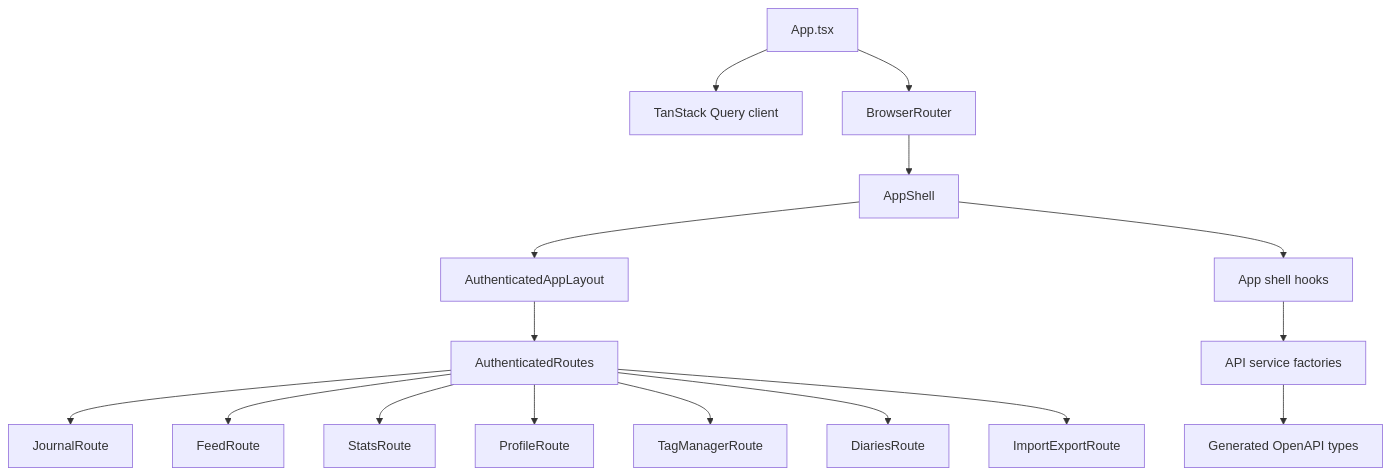
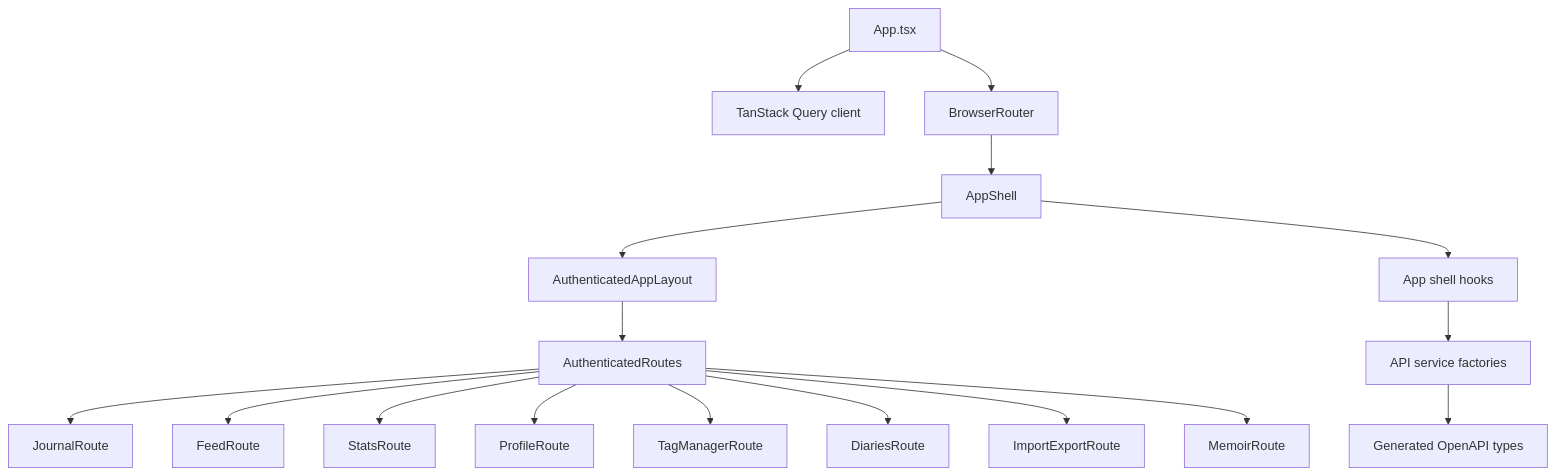
The second of 4 diagrams in docs/architecture.md (chefzaid/thoughty), drawn with Mermaid before and after one commit. The commit also changed other lines of this file and 103 other files, not shown here.

````diff
--- a/docs/architecture.md
+++ b/docs/architecture.md
@@ -54,20 +56,21 @@
 ```mermaid
 flowchart TD
     App[App.tsx] --> Query[TanStack Query client]
     App --> Router[BrowserRouter]
     Router --> Shell[AppShell]
     Shell --> Layout[AuthenticatedAppLayout]
     Layout --> Routes[AuthenticatedRoutes]
 
     Routes --> Journal[JournalRoute]
     Routes --> Feed[FeedRoute]
     Routes --> Stats[StatsRoute]
     Routes --> Profile[ProfileRoute]
     Routes --> Tags[TagManagerRoute]
     Routes --> Diaries[DiariesRoute]
     Routes --> ImportExport[ImportExportRoute]
+    Routes --> Memoir[MemoirRoute]
 
     Shell --> Hooks[App shell hooks]
     Hooks --> Services[API service factories]
     Services --> Generated[Generated OpenAPI types]
 ```
````
